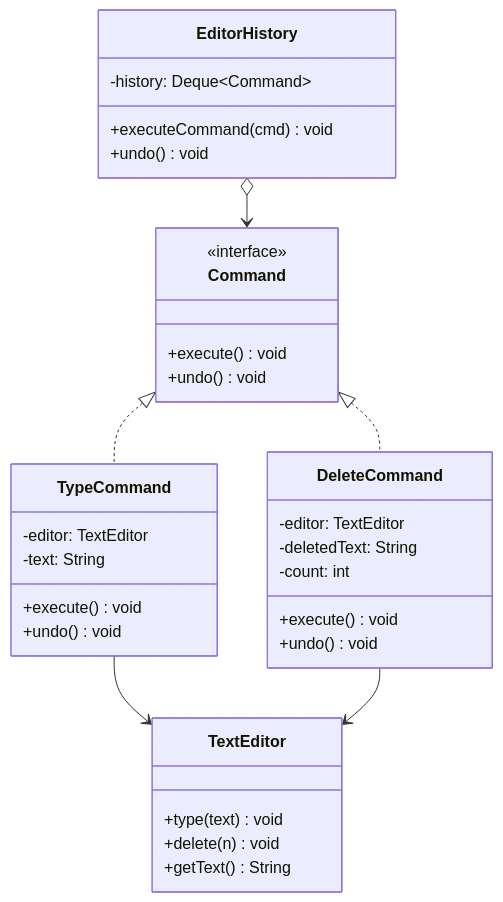
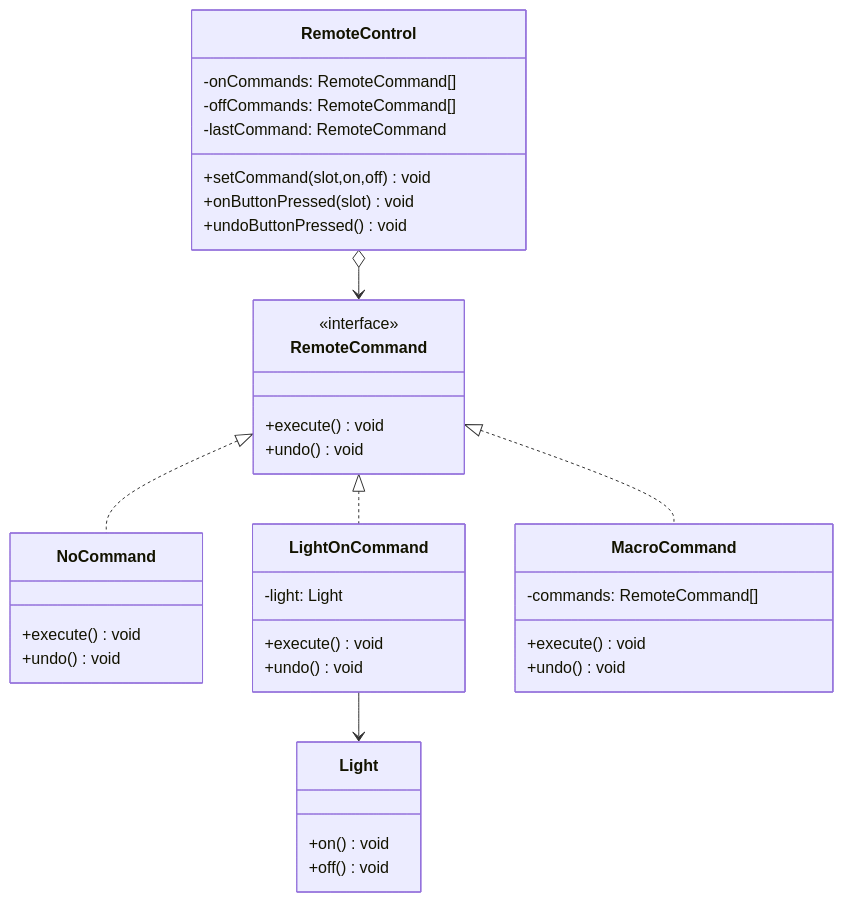
The diagram in docs/topic/design-patterns/behavioral-patterns/command/index.md (luguosong/programming-notes), drawn with Mermaid before and after one commit. The commit also changed other lines of this file and 24 other files, not shown here.

````diff
--- a/docs/topic/design-patterns/behavioral-patterns/command/index.md
+++ b/docs/topic/design-patterns/behavioral-patterns/command/index.md
@@ -21,36 +27,39 @@
 ```mermaid
 classDiagram
-    class Command {
+    class RemoteCommand {
         <<interface>>
         +execute() void
         +undo() void
     }
-    class TypeCommand {
-        -editor: TextEditor
-        -text: String
+    class NoCommand {
         +execute() void
         +undo() void
     }
-    class DeleteCommand {
-        -editor: TextEditor
-        -deletedText: String
-        -count: int
+    class LightOnCommand {
+        -light: Light
         +execute() void
         +undo() void
     }
-    class TextEditor {
-        +type(text) void
-        +delete(n) void
-        +getText() String
-    }
-    class EditorHistory {
-        -history: Deque~Command~
-        +executeCommand(cmd) void
+    class MacroCommand {
+        -commands: RemoteCommand[]
+        +execute() void
         +undo() void
     }
-    Command <|.. TypeCommand
-    Command <|.. DeleteCommand
-    TypeCommand --> TextEditor
-    DeleteCommand --> TextEditor
-    EditorHistory o--> Command
+    class RemoteControl {
+        -onCommands: RemoteCommand[]
+        -offCommands: RemoteCommand[]
+        -lastCommand: RemoteCommand
+        +setCommand(slot,on,off) void
+        +onButtonPressed(slot) void
+        +undoButtonPressed() void
+    }
+    class Light {
+        +on() void
+        +off() void
+    }
+    RemoteCommand <|.. NoCommand
+    RemoteCommand <|.. LightOnCommand
+    RemoteCommand <|.. MacroCommand
+    LightOnCommand --> Light
+    RemoteControl o--> RemoteCommand
 ```
````
